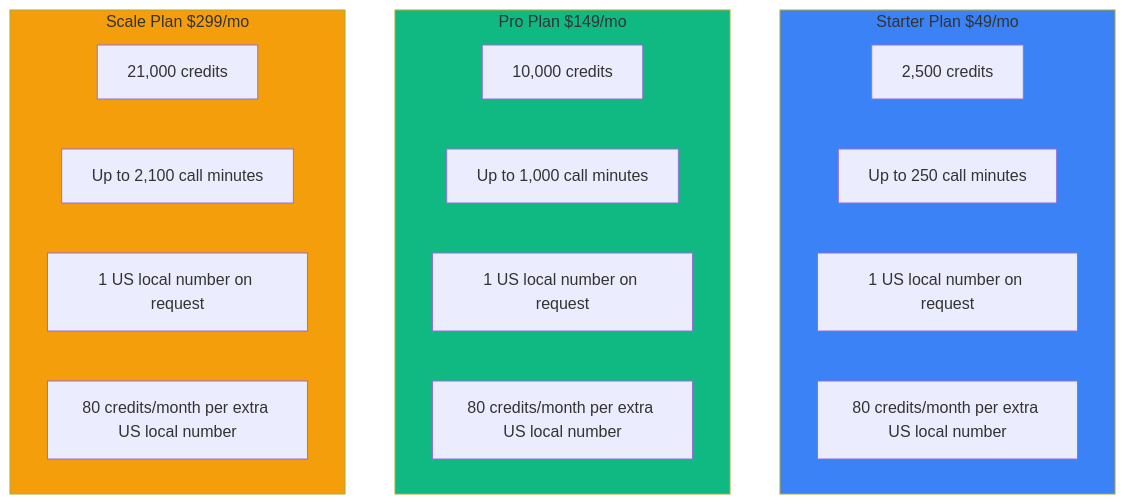
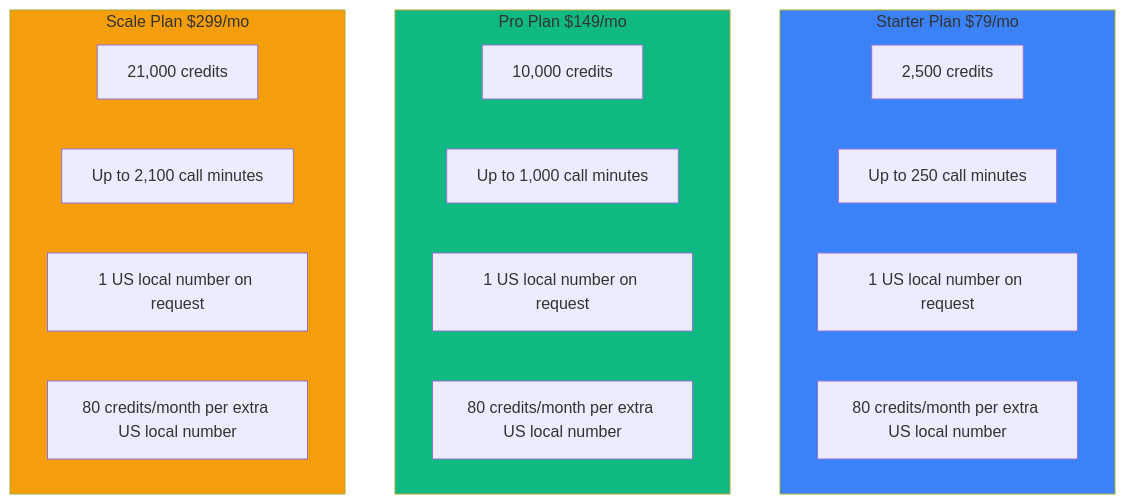
One commit to gauravdhiman/a1-voice-agent-platform changed the fifth of 5 diagrams in docs/02_features/billing/overview.md. Above: the diagram before and after it, drawn with Mermaid. The commit also changed other lines of this file and 35 other files, not shown here.

First line of the commit message:
Public plan SSOT: Starter $79 / Pro $149 / Scale $299 (#175)

````diff
--- a/docs/02_features/billing/overview.md
+++ b/docs/02_features/billing/overview.md
@@ -413,27 +413,27 @@
 ```mermaid
 graph TB
-    subgraph Starter[Starter Plan $49/mo]
+    subgraph Starter[Starter Plan $79/mo]
         S1[2,500 credits]
         S2[Up to 250 call minutes]
         S3[1 US local number on request]
         S4[80 credits/month per extra US local number]
     end
 
     subgraph Pro[Pro Plan $149/mo]
         P1[10,000 credits]
         P2[Up to 1,000 call minutes]
         P3[1 US local number on request]
         P4[80 credits/month per extra US local number]
     end
 
     subgraph Scale[Scale Plan $299/mo]
         E1[21,000 credits]
         E2[Up to 2,100 call minutes]
         E3[1 US local number on request]
         E4[80 credits/month per extra US local number]
     end
 
     style Starter fill:#3b82f6
     style Pro fill:#10b981
     style Scale fill:#f59e0b
 ```
````
